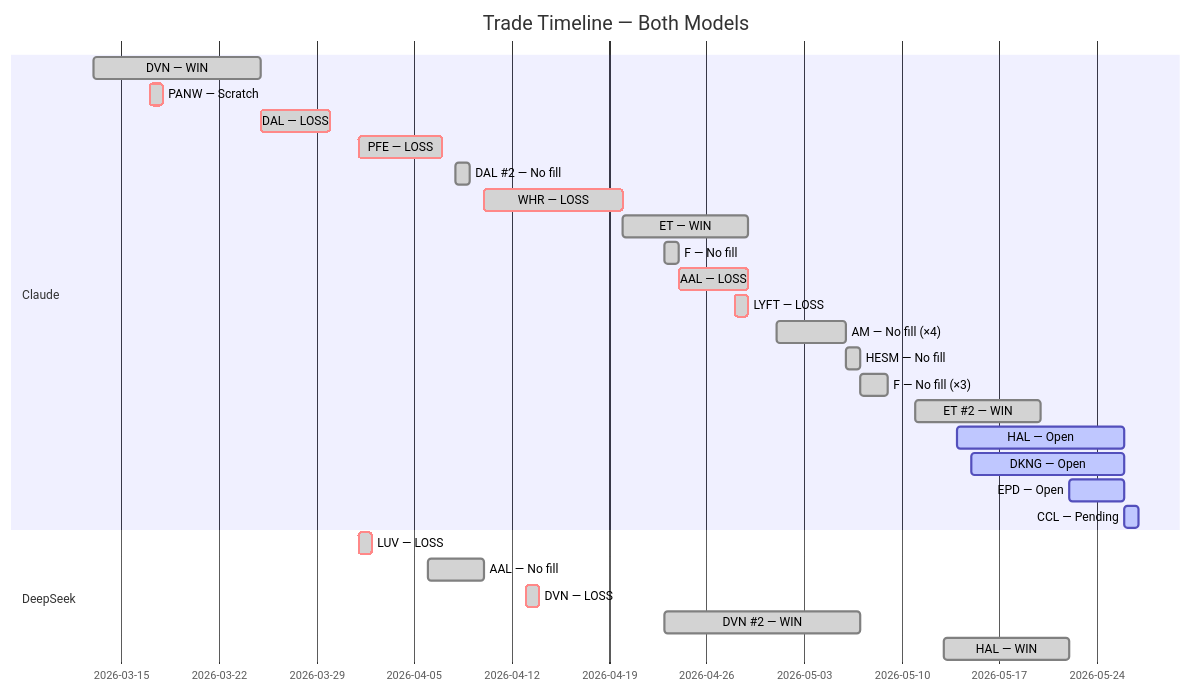
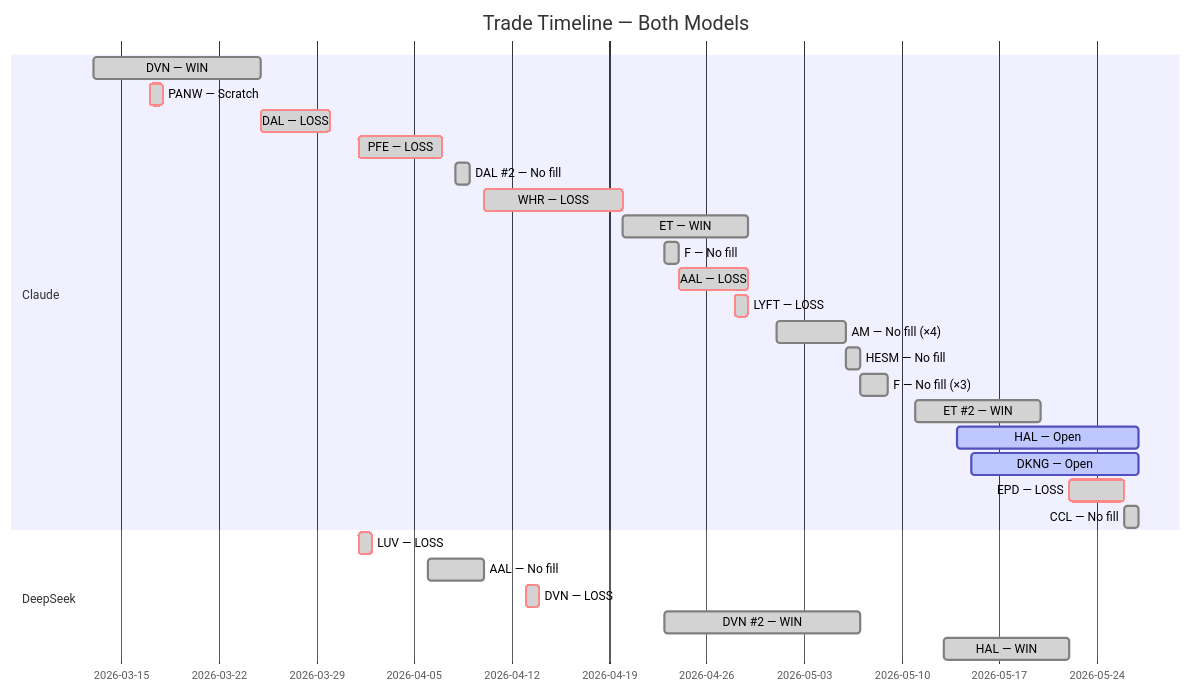
One commit to zachisit/ai-auto-buy-thesis changed the fifth of 5 diagrams in README.md. Above: the diagram before and after it, drawn with Mermaid. The commit also changed other lines of this file and 2 other files, not shown here.

````diff
--- a/README.md
+++ b/README.md
@@ -63,30 +63,30 @@
 ```mermaid
 gantt
     title Trade Timeline — Both Models
     dateFormat YYYY-MM-DD
     section Claude
     DVN — WIN            :done,    2026-03-13, 2026-03-25
     PANW — Scratch       :crit, done, 2026-03-17, 2026-03-18
     DAL — LOSS           :crit, done, 2026-03-25, 2026-03-30
     PFE — LOSS           :crit, done, 2026-04-01, 2026-04-07
     DAL #2 — No fill     :done,    2026-04-08, 2026-04-09
     WHR — LOSS           :crit, done, 2026-04-10, 2026-04-20
     ET — WIN             :done,    2026-04-20, 2026-04-29
     F — No fill          :done,    2026-04-23, 2026-04-24
     AAL — LOSS           :crit, done, 2026-04-24, 2026-04-29
     LYFT — LOSS          :crit, done, 2026-04-28, 2026-04-29
     AM — No fill (×4)    :done,    2026-05-01, 2026-05-06
     HESM — No fill       :done,    2026-05-06, 2026-05-07
     F — No fill (×3)     :done,    2026-05-07, 2026-05-09
     ET #2 — WIN          :done,    2026-05-11, 2026-05-20
-    HAL — Open           :active,  2026-05-14, 2026-05-26
-    DKNG — Open          :active,  2026-05-15, 2026-05-26
-    EPD — Open           :active,  2026-05-22, 2026-05-26
-    CCL — Pending        :active,  2026-05-26, 2026-05-27
+    HAL — Open           :active,  2026-05-14, 2026-05-27
+    DKNG — Open          :active,  2026-05-15, 2026-05-27
+    EPD — LOSS           :crit, done, 2026-05-22, 2026-05-26
+    CCL — No fill        :done,    2026-05-26, 2026-05-27
     section DeepSeek
     LUV — LOSS           :crit, done, 2026-04-01, 2026-04-02
     AAL — No fill        :done,    2026-04-06, 2026-04-10
     DVN — LOSS           :crit, done, 2026-04-13, 2026-04-14
     DVN #2 — WIN         :done,    2026-04-23, 2026-05-07
     HAL — WIN            :done,    2026-05-13, 2026-05-22
 ```
````
